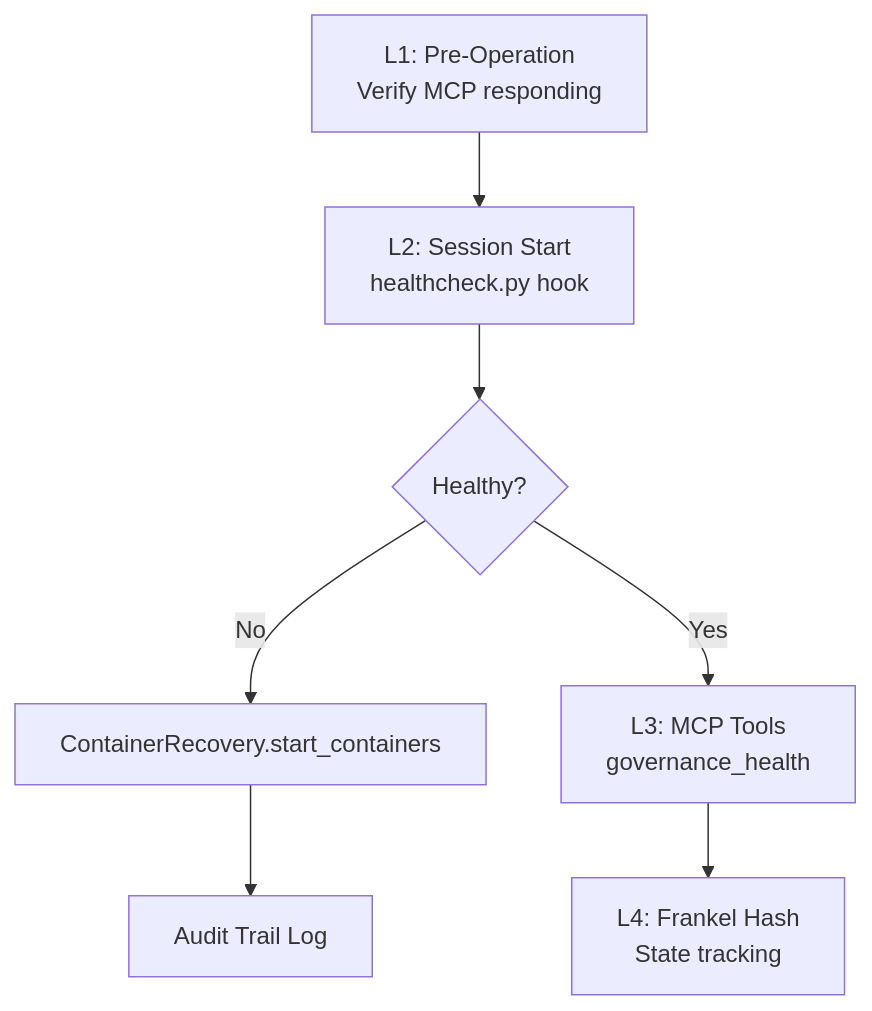
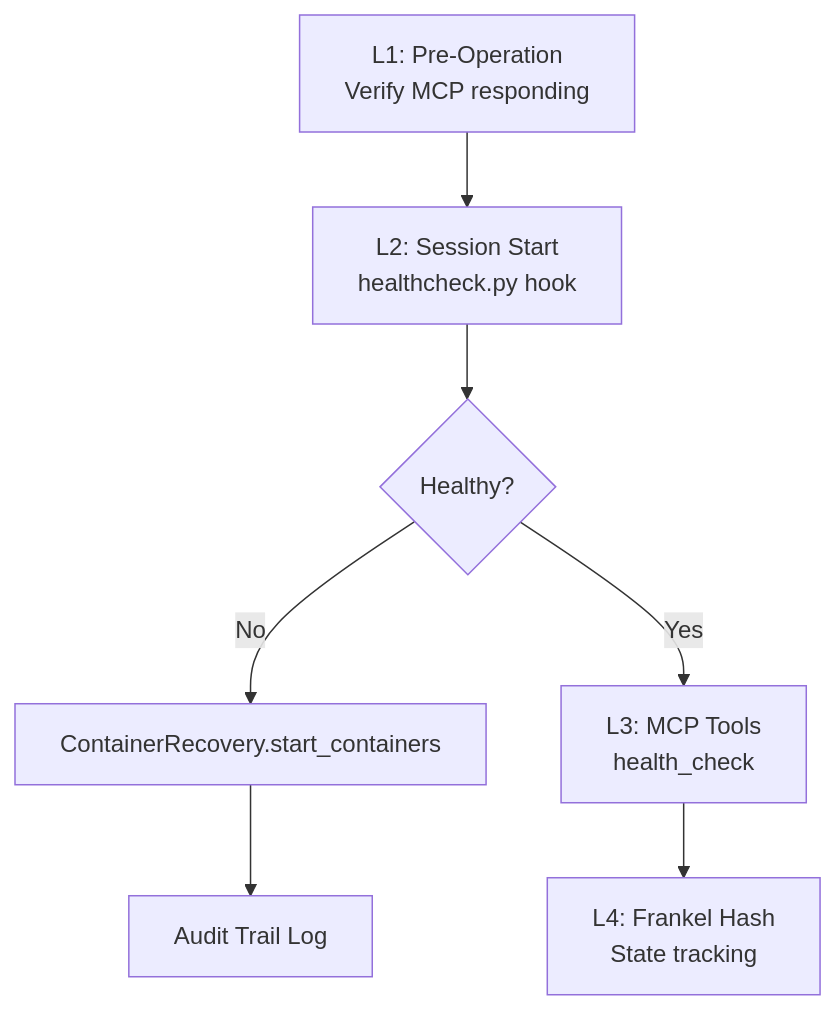
Before and after one commit to drlegreid/sarvaja: the diagram in docs/rules/leaf/SAFETY-HEALTH-01-v1.md, drawn with Mermaid. The commit also changed other lines of this file and 363 other files, not shown here.

````diff
--- a/docs/rules/leaf/SAFETY-HEALTH-01-v1.md
+++ b/docs/rules/leaf/SAFETY-HEALTH-01-v1.md
@@ -21,10 +21,10 @@
 ```mermaid
 flowchart TD
     L1["L1: Pre-Operation<br/>Verify MCP responding"] --> L2
     L2["L2: Session Start<br/>healthcheck.py hook"] --> L2D{Healthy?}
     L2D -->|No| RECOVER[ContainerRecovery.start_containers]
     L2D -->|Yes| L3
     RECOVER --> AUDIT[Audit Trail Log]
-    L3["L3: MCP Tools<br/>governance_health"] --> L4
+    L3["L3: MCP Tools<br/>health_check"] --> L4
     L4["L4: Frankel Hash<br/>State tracking"]
 ```
````
